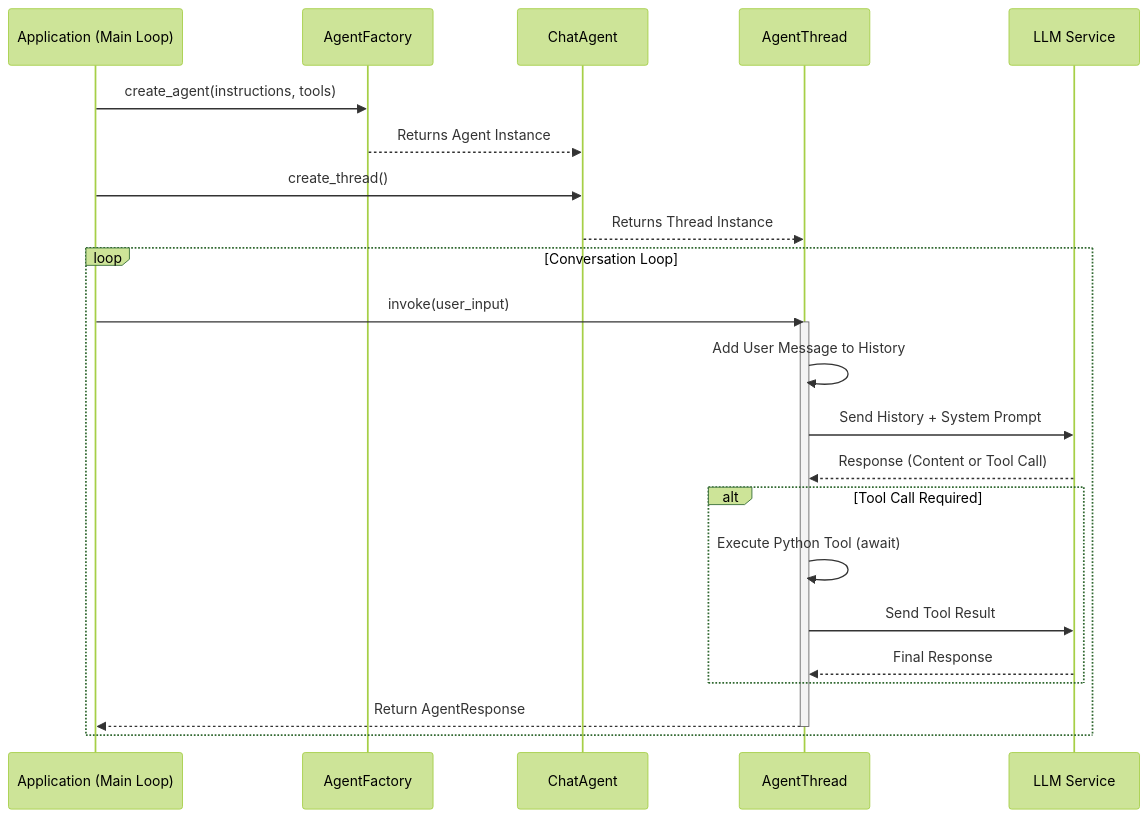
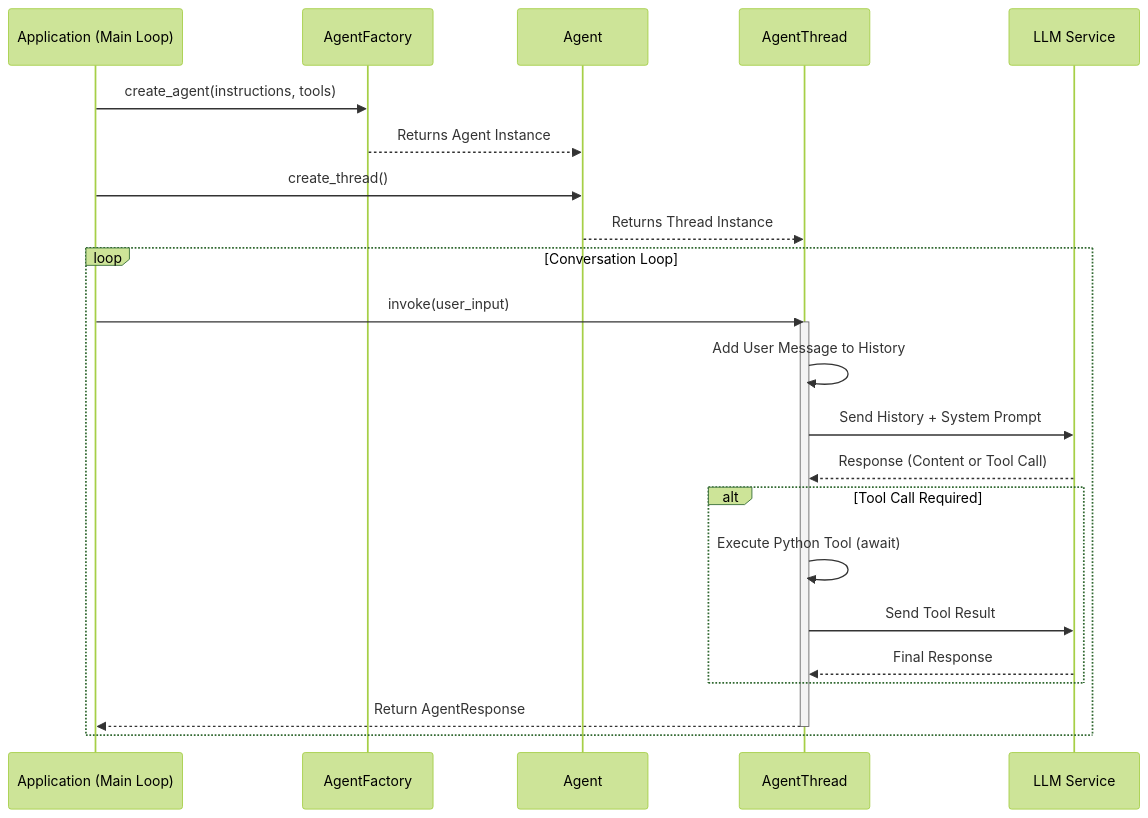
One commit to CodeHalwell/AgentGuides changed the second of 5 diagrams in src/content/docs/microsoft-agent-framework-guide/python/microsoft_agent_framework_python_diagrams.md. Above: the diagram before and after it, drawn with Mermaid (forest theme). The commit also changed other lines of this file and 26 other files, not shown here.

````diff
--- a/src/content/docs/microsoft-agent-framework-guide/python/microsoft_agent_framework_python_diagrams.md
+++ b/src/content/docs/microsoft-agent-framework-guide/python/microsoft_agent_framework_python_diagrams.md
@@ -46,31 +46,31 @@
 ```mermaid
 sequenceDiagram
     participant App as Application (Main Loop)
     participant Factory as AgentFactory
-    participant Agent as ChatAgent
+    participant Agent as Agent
     participant Thread as AgentThread
     participant LLM as LLM Service
 
     App->>Factory: create_agent(instructions, tools)
     Factory-->>Agent: Returns Agent Instance
     
     App->>Agent: create_thread()
     Agent-->>Thread: Returns Thread Instance
     
     loop Conversation Loop
         App->>Thread: invoke(user_input)
         activate Thread
         Thread->>Thread: Add User Message to History
         Thread->>LLM: Send History + System Prompt
         LLM-->>Thread: Response (Content or Tool Call)
         
         alt Tool Call Required
             Thread->>Thread: Execute Python Tool (await)
             Thread->>LLM: Send Tool Result
             LLM-->>Thread: Final Response
         end
         
         Thread-->>App: Return AgentResponse
         deactivate Thread
     end
 ```
````
